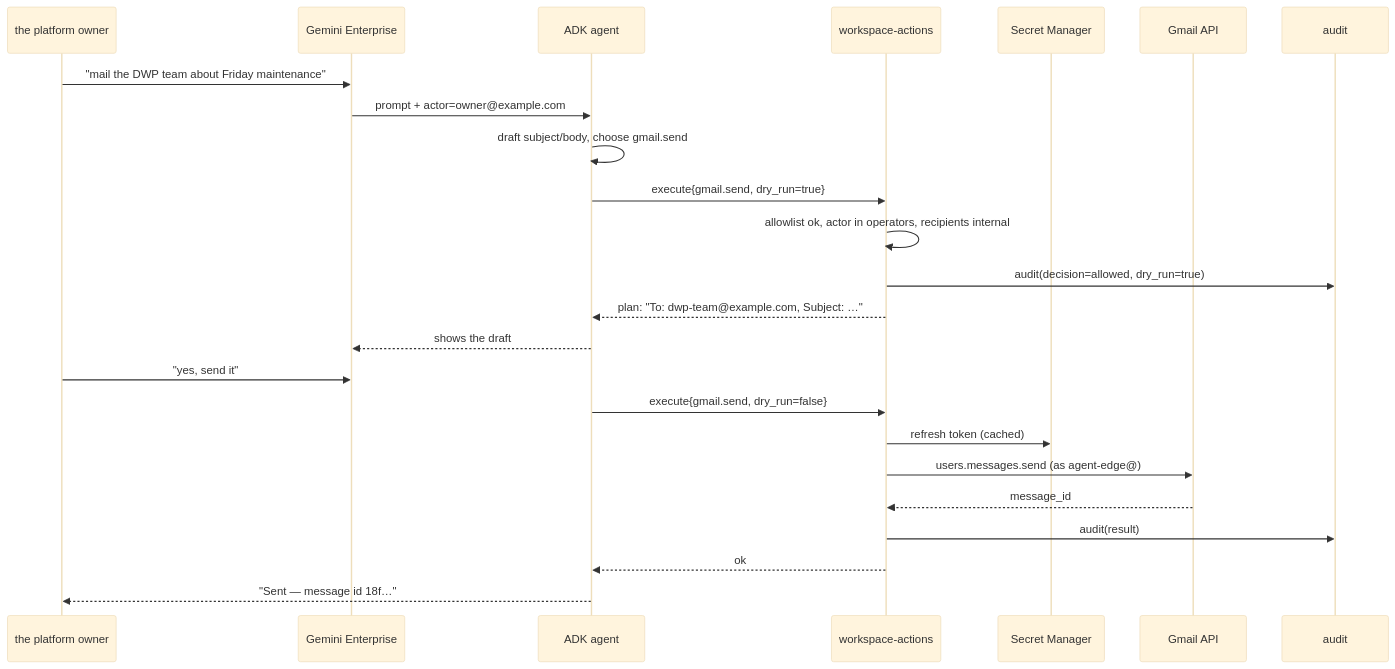
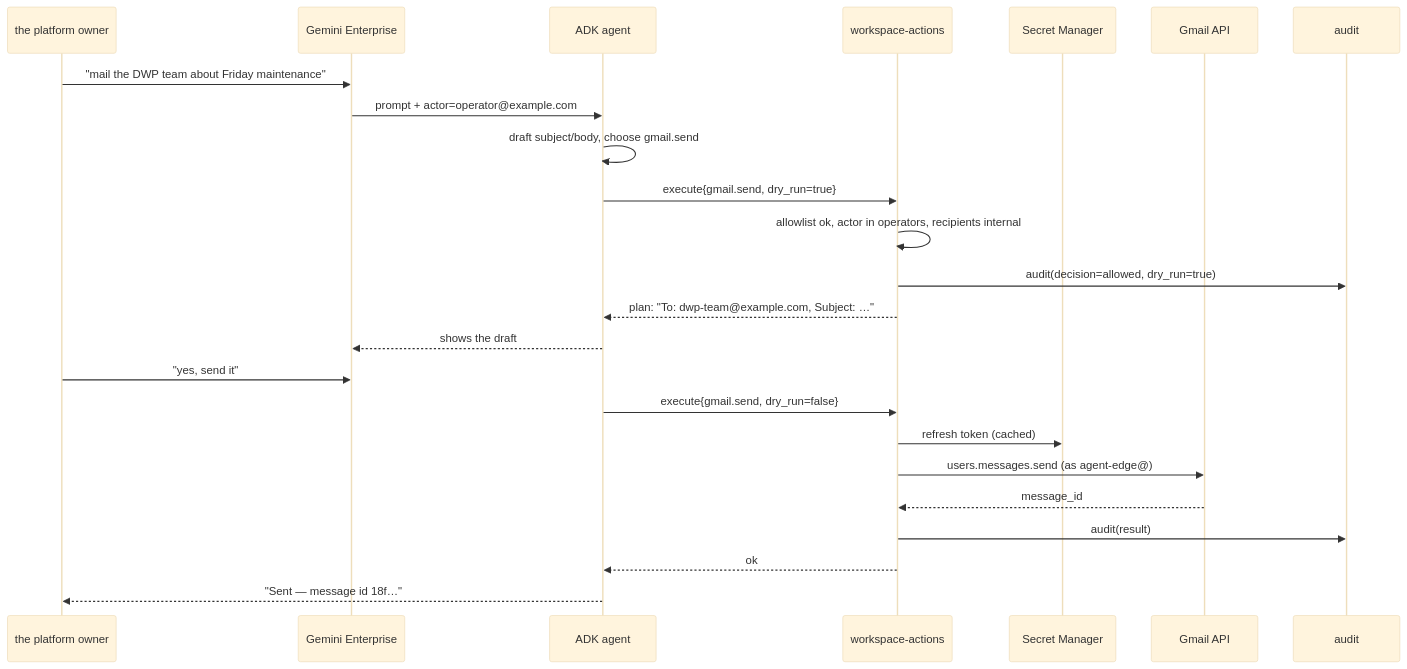
Before and after one commit to jsbdfgidsfg/agentic-platform: the first of 2 diagrams in platform/edge-ai-v2/04-flows.md, drawn with Mermaid (base theme). The commit also changed 8 other files, not shown here.

````diff
--- a/platform/edge-ai-v2/04-flows.md
+++ b/platform/edge-ai-v2/04-flows.md
@@ -9,27 +9,27 @@
 ```mermaid
 sequenceDiagram
     participant U as the platform owner
     participant GE as Gemini Enterprise
     participant AG as ADK agent
     participant CR as workspace-actions
     participant SM as Secret Manager
     participant GM as Gmail API
     participant BQ as audit
 
     U->>GE: "mail the DWP team about Friday maintenance"
-    GE->>AG: prompt + actor=owner@example.com
+    GE->>AG: prompt + actor=operator@example.com
     AG->>AG: draft subject/body, choose gmail.send
     AG->>CR: execute{gmail.send, dry_run=true}
     CR->>CR: allowlist ok, actor in operators, recipients internal
     CR->>BQ: audit(decision=allowed, dry_run=true)
     CR-->>AG: plan: "To: dwp-team@example.com, Subject: …"
     AG-->>GE: shows the draft
     U->>GE: "yes, send it"
     AG->>CR: execute{gmail.send, dry_run=false}
     CR->>SM: refresh token (cached)
     CR->>GM: users.messages.send (as agent-edge@)
     GM-->>CR: message_id
     CR->>BQ: audit(result)
     CR-->>AG: ok
     AG-->>U: "Sent — message id 18f…"
 ```
````
